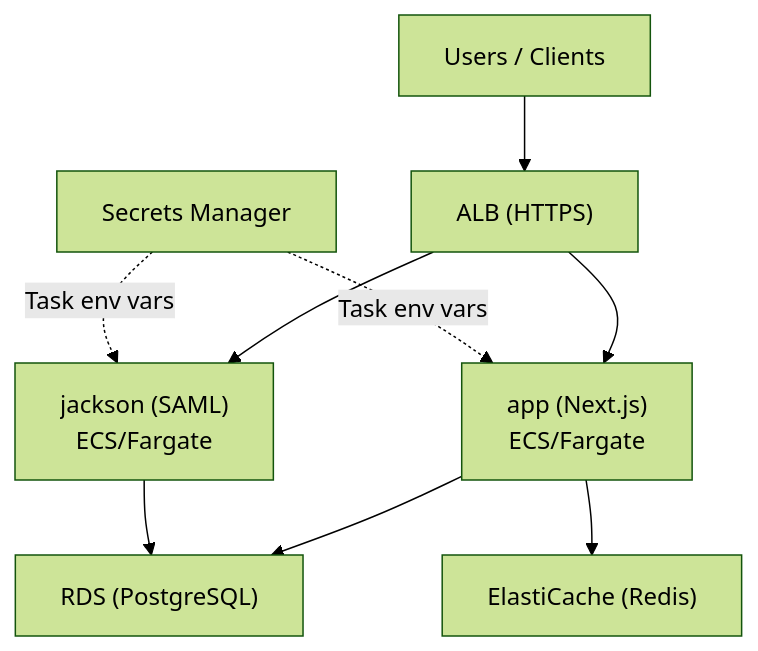
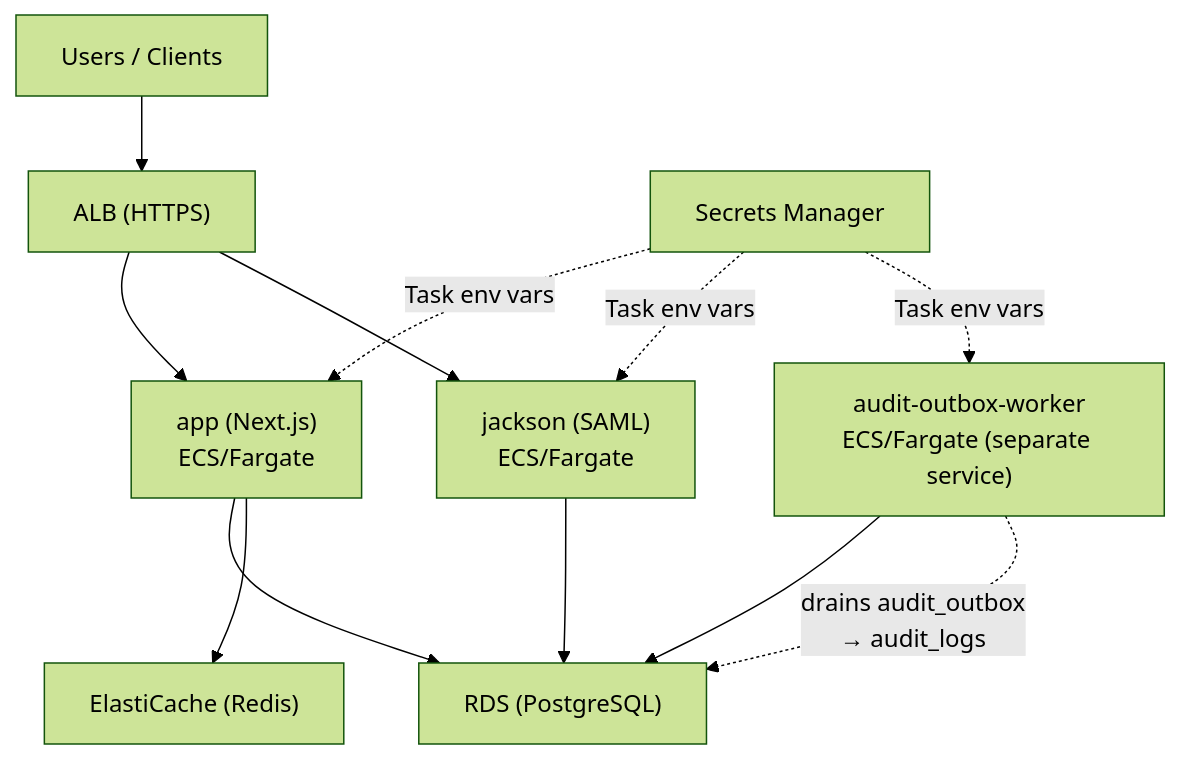
One commit to ngc-shj/passwd-sso changed the diagram in docs/setup/aws/en.md. Above: the diagram before and after it, drawn with Mermaid (forest theme). The commit also changed other lines of this file and 38 other files, not shown here.

First line of the commit message:
docs: sync README + docs/{architecture,operations,security,setup}/ with current codebase (#409)

````diff
--- a/docs/setup/aws/en.md
+++ b/docs/setup/aws/en.md
@@ -19,13 +20,17 @@
 ```mermaid
 flowchart TB
     Users["Users / Clients"] --> ALB["ALB (HTTPS)"]
     ALB --> App["app (Next.js)<br/>ECS/Fargate"]
     ALB --> Jackson["jackson (SAML)<br/>ECS/Fargate"]
 
     App --> RDS["RDS (PostgreSQL)"]
     Jackson --> RDS
     App --> Redis["ElastiCache (Redis)"]
 
+    Worker["audit-outbox-worker<br/>ECS/Fargate (separate service)"] --> RDS
+    Worker -.-> |drains audit_outbox<br/>→ audit_logs| RDS
+
     Secrets["Secrets Manager"] -.-> |Task env vars| App
     Secrets -.-> |Task env vars| Jackson
+    Secrets -.-> |Task env vars| Worker
 ```
````
